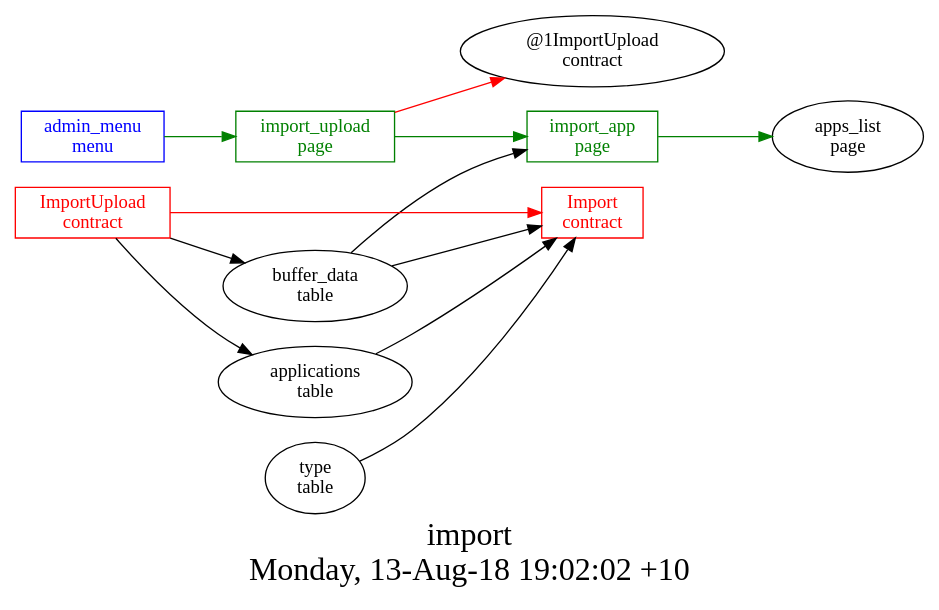
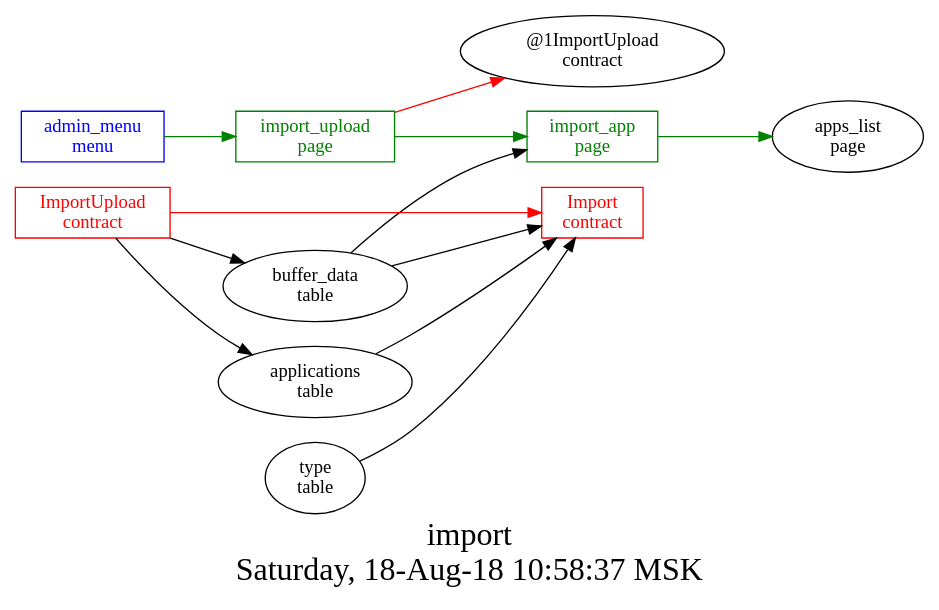
The diagram in src/import/struct.dot (AplaProject/apps), drawn with Graphviz before and after one commit. The commit also changed 3 other files, not shown here.

```diff
--- a/src/import/struct.dot
+++ b/src/import/struct.dot
@@ -1,24 +1,26 @@
 digraph G {
-fontsize="24";
-label="import\nMonday, 13-Aug-18 19:02:02 +10";
-nojustify=true;
-ordering=out;
-rankdir=LR;
-size="30";
+graph [
+  fontsize="24";
+  label="import\nSaturday, 18-Aug-18 10:58:37 MSK";
+  nojustify=true;
+  ordering=out;
+  rankdir=LR;
+  size="30";
+];
 "admin_menu\nmenu" -> "import_upload\npage"  [ color=green ]
 "admin_menu\nmenu" [color=blue, fontcolor=blue, group=menus, shape=record];
 "buffer_data\ntable" -> "import_app\npage"
 "import_app\npage" -> "apps_list\npage"  [ color=green ]
 "import_app\npage" [color=green, fontcolor=green, group=pages, shape=record];
 "import_upload\npage" -> "@1ImportUpload\ncontract"  [ color=red ]
 "import_upload\npage" -> "import_app\npage"  [ color=green ]
 "import_upload\npage" [color=green, fontcolor=green, group=pages, shape=record];
 "buffer_data\ntable" -> "Import\ncontract"
 "applications\ntable" -> "Import\ncontract"
 "type\ntable" -> "Import\ncontract"
 "Import\ncontract" [color=red, fontcolor=red, group=contracts, shape=record];
 "ImportUpload\ncontract" -> "Import\ncontract"  [ color=red ]
 "ImportUpload\ncontract" -> "buffer_data\ntable"  [ color="" ]
 "ImportUpload\ncontract" -> "applications\ntable"  [ color="" ]
 "ImportUpload\ncontract" [color=red, fontcolor=red, group=contracts, shape=record];
 }
```
